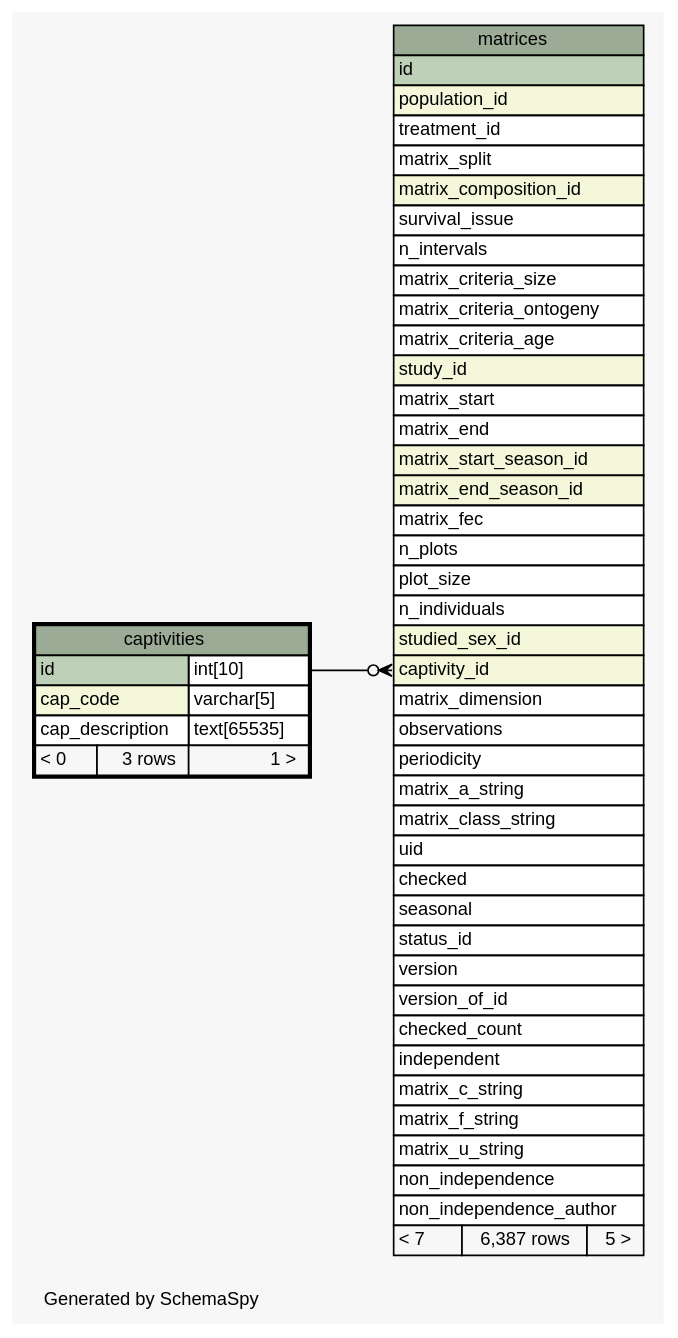
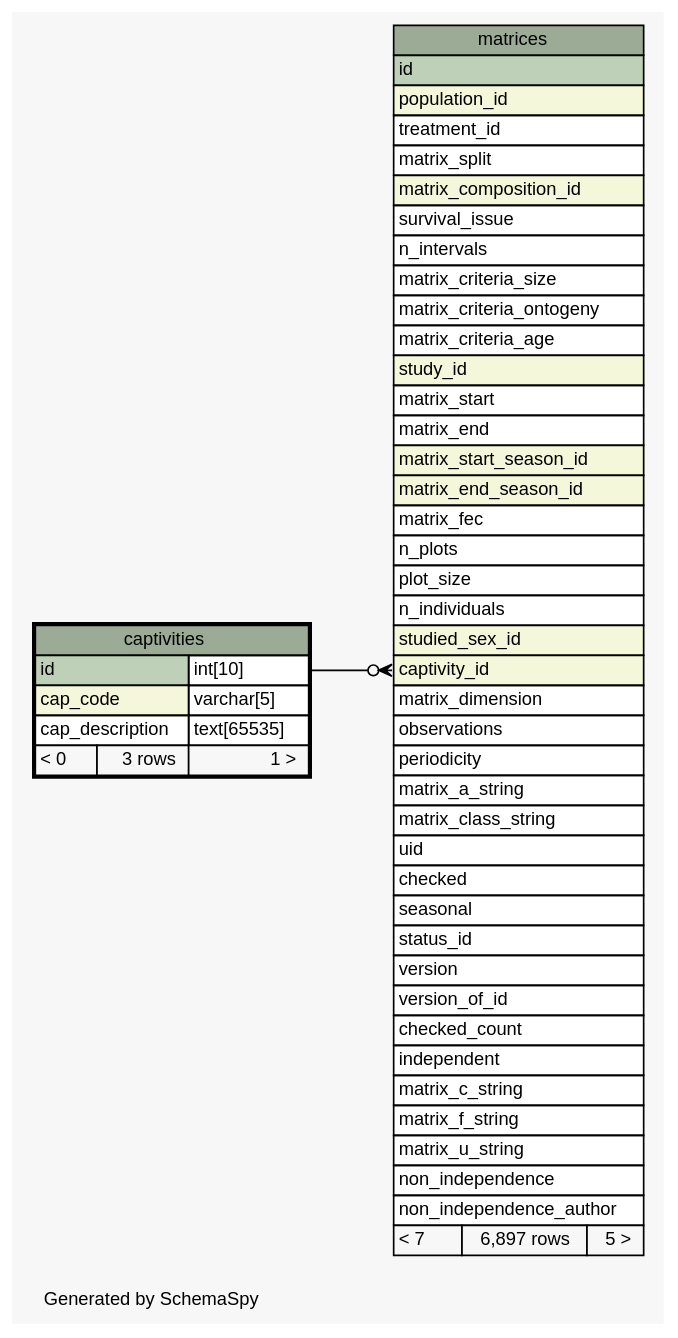
The diagram in application_tasks/schema/current/diagrams/captivities.1degree.dot (DannyLBuss/demography_database), drawn with Graphviz before and after one commit. The commit also changed 261 other files, not shown here.

Commit message:
corrected installing java problem in schema.sh

```diff
--- a/application_tasks/schema/current/diagrams/captivities.1degree.dot
+++ b/application_tasks/schema/current/diagrams/captivities.1degree.dot
@@ -1,83 +1,83 @@
-// dot 2.38.0 on Mac OS X 10.11.5
+// dot 2.38.0 on Linux 4.4.0-42-generic
 // SchemaSpy rev 590
 digraph "oneDegreeRelationshipsDiagram" {
   graph [
     rankdir="RL"
     bgcolor="#f7f7f7"
     label="\nGenerated by SchemaSpy"
     labeljust="l"
     nodesep="0.18"
     ranksep="0.46"
     fontname="Helvetica"
     fontsize="11"
   ];
   node [
     fontname="Helvetica"
     fontsize="11"
     shape="plaintext"
   ];
   edge [
     arrowsize="0.8"
   ];
   "matrices":"captivity_id":w -> "captivities":"id.type":e [arrowhead=none dir=back arrowtail=crowodot];
   "captivities" [
     label=<
     <TABLE BORDER="2" CELLBORDER="1" CELLSPACING="0" BGCOLOR="#ffffff">
       <TR><TD COLSPAN="3" BGCOLOR="#9bab96" ALIGN="CENTER">captivities</TD></TR>
       <TR><TD PORT="id" COLSPAN="2" BGCOLOR="#bed1b8" ALIGN="LEFT">id</TD><TD PORT="id.type" ALIGN="LEFT">int[10]</TD></TR>
       <TR><TD PORT="cap_code" COLSPAN="2" BGCOLOR="#f4f7da" ALIGN="LEFT">cap_code</TD><TD PORT="cap_code.type" ALIGN="LEFT">varchar[5]</TD></TR>
       <TR><TD PORT="cap_description" COLSPAN="2" ALIGN="LEFT">cap_description</TD><TD PORT="cap_description.type" ALIGN="LEFT">text[65535]</TD></TR>
       <TR><TD ALIGN="LEFT" BGCOLOR="#f7f7f7">&lt; 0</TD><TD ALIGN="RIGHT" BGCOLOR="#f7f7f7">3 rows</TD><TD ALIGN="RIGHT" BGCOLOR="#f7f7f7">1 &gt;</TD></TR>
     </TABLE>>
     URL="captivities.html"
     tooltip="captivities"
   ];
   "matrices" [
     label=<
     <TABLE BORDER="0" CELLBORDER="1" CELLSPACING="0" BGCOLOR="#ffffff">
       <TR><TD COLSPAN="3" BGCOLOR="#9bab96" ALIGN="CENTER">matrices</TD></TR>
       <TR><TD PORT="id" COLSPAN="3" BGCOLOR="#bed1b8" ALIGN="LEFT">id</TD></TR>
       <TR><TD PORT="population_id" COLSPAN="3" BGCOLOR="#f4f7da" ALIGN="LEFT">population_id</TD></TR>
       <TR><TD PORT="treatment_id" COLSPAN="3" ALIGN="LEFT">treatment_id</TD></TR>
       <TR><TD PORT="matrix_split" COLSPAN="3" ALIGN="LEFT">matrix_split</TD></TR>
       <TR><TD PORT="matrix_composition_id" COLSPAN="3" BGCOLOR="#f4f7da" ALIGN="LEFT">matrix_composition_id</TD></TR>
       <TR><TD PORT="survival_issue" COLSPAN="3" ALIGN="LEFT">survival_issue</TD></TR>
       <TR><TD PORT="n_intervals" COLSPAN="3" ALIGN="LEFT">n_intervals</TD></TR>
       <TR><TD PORT="matrix_criteria_size" COLSPAN="3" ALIGN="LEFT">matrix_criteria_size</TD></TR>
       <TR><TD PORT="matrix_criteria_ontogeny" COLSPAN="3" ALIGN="LEFT">matrix_criteria_ontogeny</TD></TR>
       <TR><TD PORT="matrix_criteria_age" COLSPAN="3" ALIGN="LEFT">matrix_criteria_age</TD></TR>
       <TR><TD PORT="study_id" COLSPAN="3" BGCOLOR="#f4f7da" ALIGN="LEFT">study_id</TD></TR>
       <TR><TD PORT="matrix_start" COLSPAN="3" ALIGN="LEFT">matrix_start</TD></TR>
       <TR><TD PORT="matrix_end" COLSPAN="3" ALIGN="LEFT">matrix_end</TD></TR>
       <TR><TD PORT="matrix_start_season_id" COLSPAN="3" BGCOLOR="#f4f7da" ALIGN="LEFT">matrix_start_season_id</TD></TR>
       <TR><TD PORT="matrix_end_season_id" COLSPAN="3" BGCOLOR="#f4f7da" ALIGN="LEFT">matrix_end_season_id</TD></TR>
       <TR><TD PORT="matrix_fec" COLSPAN="3" ALIGN="LEFT">matrix_fec</TD></TR>
       <TR><TD PORT="n_plots" COLSPAN="3" ALIGN="LEFT">n_plots</TD></TR>
       <TR><TD PORT="plot_size" COLSPAN="3" ALIGN="LEFT">plot_size</TD></TR>
       <TR><TD PORT="n_individuals" COLSPAN="3" ALIGN="LEFT">n_individuals</TD></TR>
       <TR><TD PORT="studied_sex_id" COLSPAN="3" BGCOLOR="#f4f7da" ALIGN="LEFT">studied_sex_id</TD></TR>
       <TR><TD PORT="captivity_id" COLSPAN="3" BGCOLOR="#f4f7da" ALIGN="LEFT">captivity_id</TD></TR>
       <TR><TD PORT="matrix_dimension" COLSPAN="3" ALIGN="LEFT">matrix_dimension</TD></TR>
       <TR><TD PORT="observations" COLSPAN="3" ALIGN="LEFT">observations</TD></TR>
       <TR><TD PORT="periodicity" COLSPAN="3" ALIGN="LEFT">periodicity</TD></TR>
       <TR><TD PORT="matrix_a_string" COLSPAN="3" ALIGN="LEFT">matrix_a_string</TD></TR>
       <TR><TD PORT="matrix_class_string" COLSPAN="3" ALIGN="LEFT">matrix_class_string</TD></TR>
       <TR><TD PORT="uid" COLSPAN="3" ALIGN="LEFT">uid</TD></TR>
       <TR><TD PORT="checked" COLSPAN="3" ALIGN="LEFT">checked</TD></TR>
       <TR><TD PORT="seasonal" COLSPAN="3" ALIGN="LEFT">seasonal</TD></TR>
       <TR><TD PORT="status_id" COLSPAN="3" ALIGN="LEFT">status_id</TD></TR>
       <TR><TD PORT="version" COLSPAN="3" ALIGN="LEFT">version</TD></TR>
       <TR><TD PORT="version_of_id" COLSPAN="3" ALIGN="LEFT">version_of_id</TD></TR>
       <TR><TD PORT="checked_count" COLSPAN="3" ALIGN="LEFT">checked_count</TD></TR>
       <TR><TD PORT="independent" COLSPAN="3" ALIGN="LEFT">independent</TD></TR>
       <TR><TD PORT="matrix_c_string" COLSPAN="3" ALIGN="LEFT">matrix_c_string</TD></TR>
       <TR><TD PORT="matrix_f_string" COLSPAN="3" ALIGN="LEFT">matrix_f_string</TD></TR>
       <TR><TD PORT="matrix_u_string" COLSPAN="3" ALIGN="LEFT">matrix_u_string</TD></TR>
       <TR><TD PORT="non_independence" COLSPAN="3" ALIGN="LEFT">non_independence</TD></TR>
       <TR><TD PORT="non_independence_author" COLSPAN="3" ALIGN="LEFT">non_independence_author</TD></TR>
-      <TR><TD ALIGN="LEFT" BGCOLOR="#f7f7f7">&lt; 7</TD><TD ALIGN="RIGHT" BGCOLOR="#f7f7f7">6,387 rows</TD><TD ALIGN="RIGHT" BGCOLOR="#f7f7f7">5 &gt;</TD></TR>
+      <TR><TD ALIGN="LEFT" BGCOLOR="#f7f7f7">&lt; 7</TD><TD ALIGN="RIGHT" BGCOLOR="#f7f7f7">6,897 rows</TD><TD ALIGN="RIGHT" BGCOLOR="#f7f7f7">5 &gt;</TD></TR>
     </TABLE>>
     URL="matrices.html"
     tooltip="matrices"
   ];
 }
```
